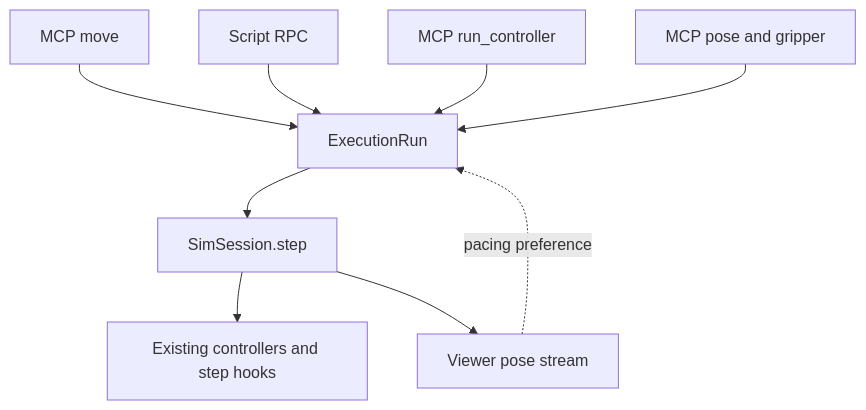
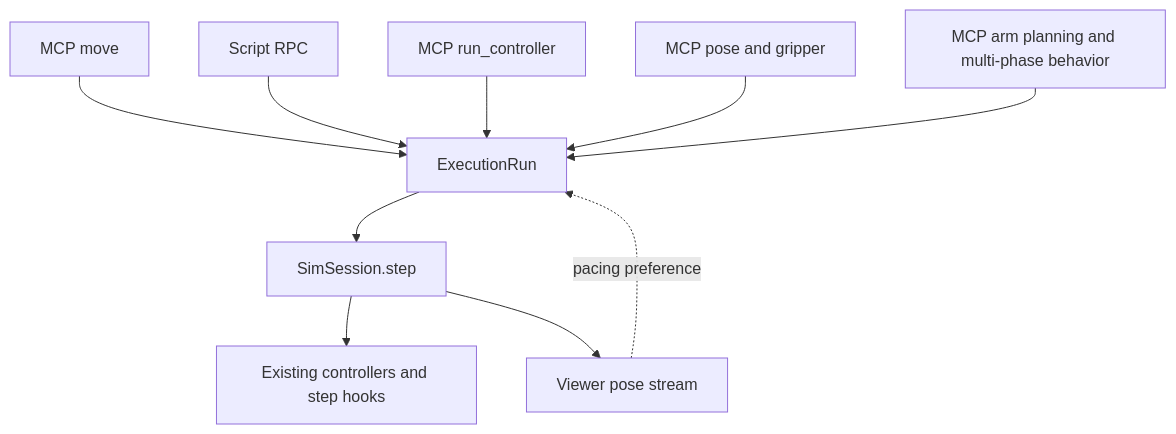
One commit to yusenthebot/robotforge changed the diagram in docs/EXECUTION.md. Above: the diagram before and after it, drawn with Mermaid. The commit also changed other lines of this file and 5 other files, not shown here.

Commit message:
docs: record arm and multi-phase execution validation

````diff
--- a/docs/EXECUTION.md
+++ b/docs/EXECUTION.md
@@ -15,11 +15,12 @@
 ```mermaid
 flowchart TD
     M[MCP move] --> E[ExecutionRun]
     S[Script RPC] --> E
     R[MCP run_controller] --> E
     B[MCP pose and gripper] --> E
+    A[MCP arm planning and multi-phase behavior] --> E
     E --> P[SimSession.step]
     P --> C[Existing controllers and step hooks]
     P --> V[Viewer pose stream]
     V -. pacing preference .-> E
 ```
````
